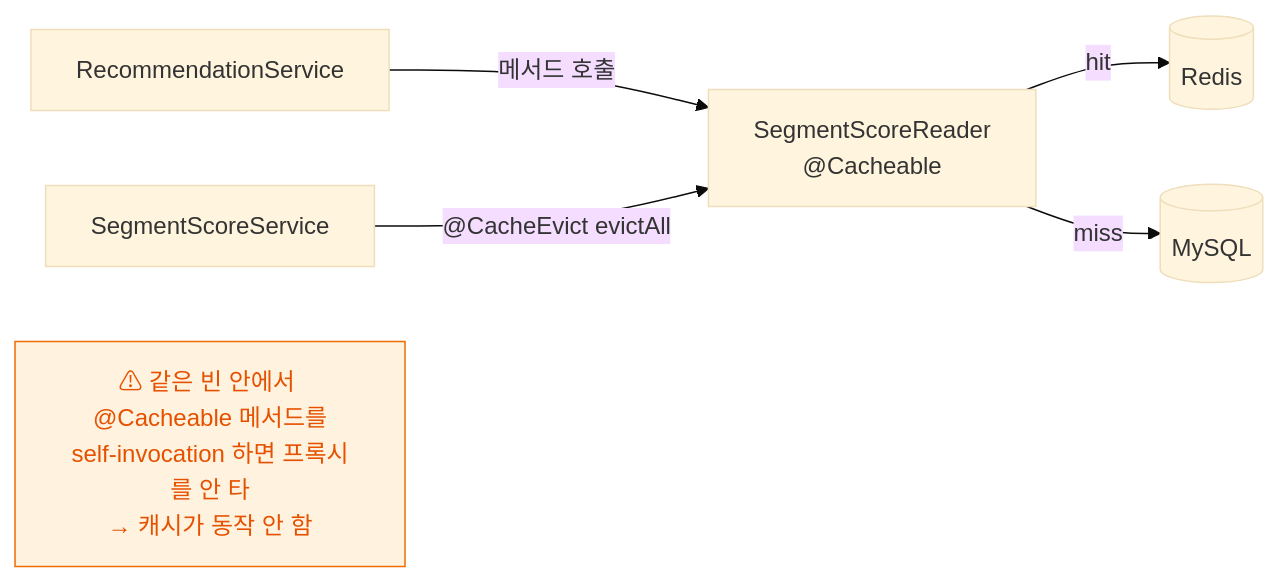
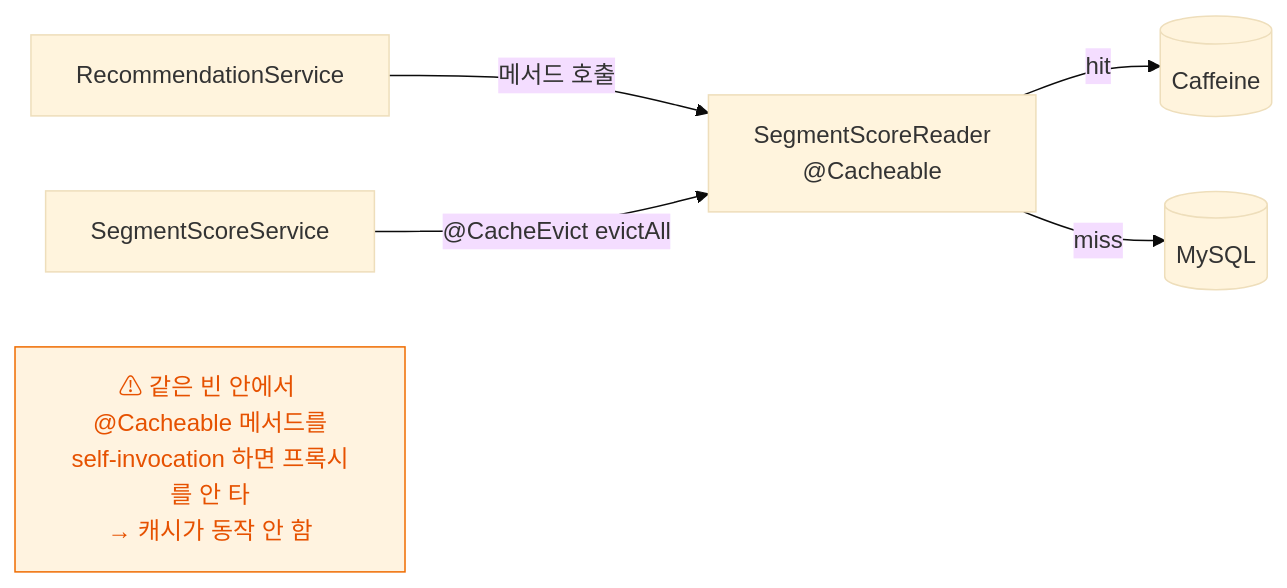
The fifth of 6 diagrams in docs/recommend/추천 시스템 - 루틴 카테고리 추천.md (RuleUp-ASM/Backend), drawn with Mermaid (base theme) before and after one commit. The commit also changed other lines of this file and 7 other files, not shown here.

````diff
--- a/docs/recommend/추천 시스템 - 루틴 카테고리 추천.md
+++ b/docs/recommend/추천 시스템 - 루틴 카테고리 추천.md
@@ -295,12 +297,12 @@
 ```mermaid
 flowchart LR
     RS["RecommendationService"] -->|"메서드 호출"| SSR["SegmentScoreReader<br/>@Cacheable"]
-    SSR -->|"hit"| REDIS[("Redis")]
+    SSR -->|"hit"| CACHE[("Caffeine")]
     SSR -->|"miss"| DB[("MySQL")]
     BATCH["SegmentScoreService"] -->|"@CacheEvict evictAll"| SSR
 
     NOTE["⚠ 같은 빈 안에서 @Cacheable 메서드를<br/>self-invocation 하면 프록시를 안 타<br/>→ 캐시가 동작 안 함"]
 
     classDef warn fill:#FFF3E0,stroke:#EF6C00,color:#E65100;
     class NOTE warn;
 ```
````
